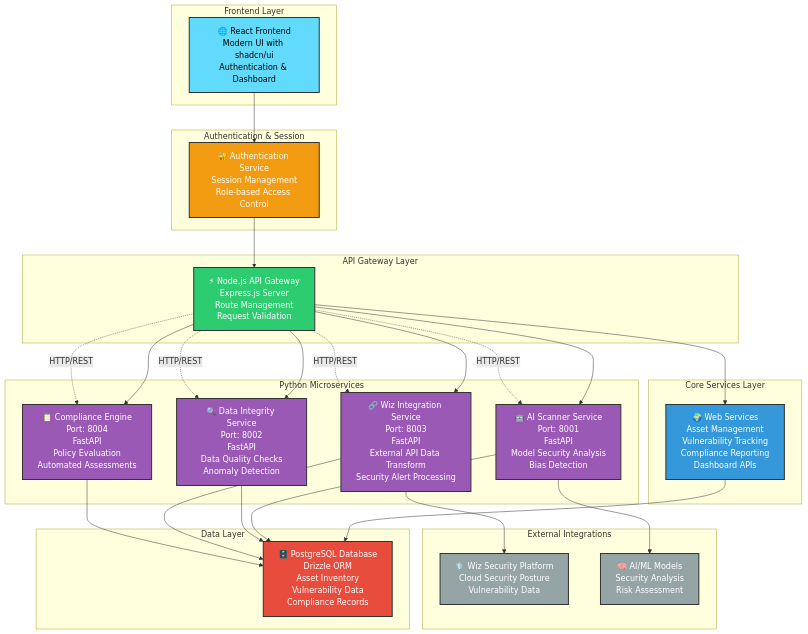
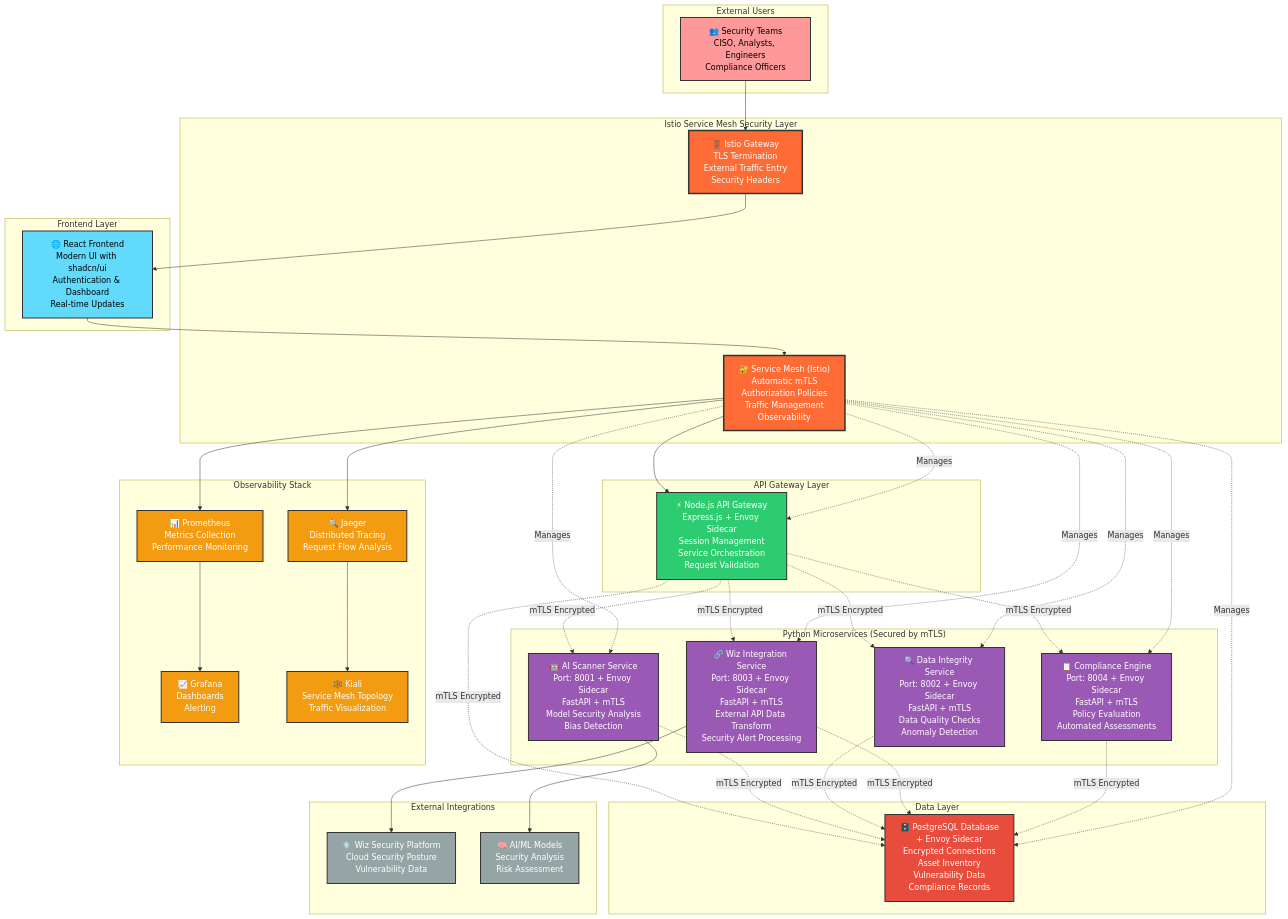
Before and after one commit to mayukhg/ai-spm: the diagram in ARCHITECTURE_DIAGRAM.md, drawn with Mermaid. The commit also changed other lines of this file and 1 other file, not shown here.

Commit message:
Harden inter-service communication with secure service mesh implementation
Implements Istio service mesh with mTLS, updates architecture diagrams, Dockerfiles, and configurations for secure microservice communication.

Replit-Commit-Author: Agent
Replit-Commit-Session-Id: c65085ac-7085-45d9-9cc0-c09abb6c81aa
Replit-Commit-Screenshot-Url: https://storage.googleapis.com/screenshot-production-us-central1/438c8f62-b104-4ca9-9cdb-064e3eec3bb8/5deff7f1-fb88-4936-ab0e-d4853dc8c3b8.jpg

````diff
--- a/ARCHITECTURE_DIAGRAM.md
+++ b/ARCHITECTURE_DIAGRAM.md
@@ -17,33 +19,41 @@
 ```mermaid
 graph TB
-    subgraph "Frontend Layer"
-        Frontend["🌐 React Frontend<br/>Modern UI with shadcn/ui<br/>Authentication & Dashboard"]
+    subgraph "External Users"
+        Users["👥 Security Teams<br/>CISO, Analysts, Engineers<br/>Compliance Officers"]
     end
 
-    subgraph "Authentication & Session"
-        Auth["🔐 Authentication Service<br/>Session Management<br/>Role-based Access Control"]
+    subgraph "Istio Service Mesh Security Layer"
+        IstioGateway["🚪 Istio Gateway<br/>TLS Termination<br/>External Traffic Entry<br/>Security Headers"]
+        ServiceMesh["🔐 Service Mesh (Istio)<br/>Automatic mTLS<br/>Authorization Policies<br/>Traffic Management<br/>Observability"]
+    end
+
+    subgraph "Frontend Layer"
+        Frontend["🌐 React Frontend<br/>Modern UI with shadcn/ui<br/>Authentication & Dashboard<br/>Real-time Updates"]
     end
 
     subgraph "API Gateway Layer"
-        Gateway["⚡ Node.js API Gateway<br/>Express.js Server<br/>Route Management<br/>Request Validation"]
+        Gateway["⚡ Node.js API Gateway<br/>Express.js + Envoy Sidecar<br/>Session Management<br/>Service Orchestration<br/>Request Validation"]
     end
 
-    subgraph "Core Services Layer"
-        WebServices["🌍 Web Services<br/>Asset Management<br/>Vulnerability Tracking<br/>Compliance Reporting<br/>Dashboard APIs"]
-    end
-
-    subgraph "Python Microservices"
-        AIScanner["🤖 AI Scanner Service<br/>Port: 8001<br/>FastAPI<br/>Model Security Analysis<br/>Bias Detection"]
+    subgraph "Python Microservices (Secured by mTLS)"
+        AIScanner["🤖 AI Scanner Service<br/>Port: 8001 + Envoy Sidecar<br/>FastAPI + mTLS<br/>Model Security Analysis<br/>Bias Detection"]
         
-        DataIntegrity["🔍 Data Integrity Service<br/>Port: 8002<br/>FastAPI<br/>Data Quality Checks<br/>Anomaly Detection"]
+        DataIntegrity["🔍 Data Integrity Service<br/>Port: 8002 + Envoy Sidecar<br/>FastAPI + mTLS<br/>Data Quality Checks<br/>Anomaly Detection"]
         
-        WizIntegration["🔗 Wiz Integration Service<br/>Port: 8003<br/>FastAPI<br/>External API Data Transform<br/>Security Alert Processing"]
+        WizIntegration["🔗 Wiz Integration Service<br/>Port: 8003 + Envoy Sidecar<br/>FastAPI + mTLS<br/>External API Data Transform<br/>Security Alert Processing"]
         
-        ComplianceEngine["📋 Compliance Engine<br/>Port: 8004<br/>FastAPI<br/>Policy Evaluation<br/>Automated Assessments"]
+        ComplianceEngine["📋 Compliance Engine<br/>Port: 8004 + Envoy Sidecar<br/>FastAPI + mTLS<br/>Policy Evaluation<br/>Automated Assessments"]
     end
 
     subgraph "Data Layer"
-        PostgreSQL["🗄️ PostgreSQL Database<br/>Drizzle ORM<br/>Asset Inventory<br/>Vulnerability Data<br/>Compliance Records"]
+        PostgreSQL["🗄️ PostgreSQL Database<br/>+ Envoy Sidecar<br/>Encrypted Connections<br/>Asset Inventory<br/>Vulnerability Data<br/>Compliance Records"]
+    end
+
+    subgraph "Observability Stack"
+        Prometheus["📊 Prometheus<br/>Metrics Collection<br/>Performance Monitoring"]
+        Jaeger["🔍 Jaeger<br/>Distributed Tracing<br/>Request Flow Analysis"]
+        Grafana["📈 Grafana<br/>Dashboards<br/>Alerting"]
+        Kiali["🕸️ Kiali<br/>Service Mesh Topology<br/>Traffic Visualization"]
     end
 
     subgraph "External Integrations"
@@ -51,48 +61,59 @@
         MLModels["🧠 AI/ML Models<br/>Security Analysis<br/>Risk Assessment"]
     end
 
-    %% User Flow
-    Frontend --> Auth
-    Auth --> Gateway
-    Gateway --> WebServices
+    %% User Flow Through Service Mesh
+    Users --> IstioGateway
+    IstioGateway --> Frontend
+    Frontend --> ServiceMesh
+    ServiceMesh --> Gateway
     
-    %% Microservices Communication
-    Gateway --> AIScanner
-    Gateway --> DataIntegrity
-    Gateway --> WizIntegration
-    Gateway --> ComplianceEngine
+    %% Secure Microservices Communication (All through mTLS)
+    Gateway -.->|mTLS Encrypted| AIScanner
+    Gateway -.->|mTLS Encrypted| DataIntegrity
+    Gateway -.->|mTLS Encrypted| WizIntegration
+    Gateway -.->|mTLS Encrypted| ComplianceEngine
     
-    %% Data Access
-    WebServices --> PostgreSQL
-    AIScanner --> PostgreSQL
-    DataIntegrity --> PostgreSQL
-    WizIntegration --> PostgreSQL
-    ComplianceEngine --> PostgreSQL
+    %% Database Access (All through mTLS)
+    Gateway -.->|mTLS Encrypted| PostgreSQL
+    AIScanner -.->|mTLS Encrypted| PostgreSQL
+    DataIntegrity -.->|mTLS Encrypted| PostgreSQL
+    WizIntegration -.->|mTLS Encrypted| PostgreSQL
+    ComplianceEngine -.->|mTLS Encrypted| PostgreSQL
     
-    %% External Communications
+    %% External Communications (Egress through Service Mesh)
     WizIntegration --> WizAPI
     AIScanner --> MLModels
     
-    %% Service Discovery & Communication
-    Gateway -.->|HTTP/REST| AIScanner
-    Gateway -.->|HTTP/REST| DataIntegrity
-    Gateway -.->|HTTP/REST| WizIntegration
-    Gateway -.->|HTTP/REST| ComplianceEngine
+    %% Observability Data Flow
+    ServiceMesh --> Prometheus
+    ServiceMesh --> Jaeger
+    Prometheus --> Grafana
+    Jaeger --> Kiali
+    
+    %% Service Mesh manages all internal communication
+    ServiceMesh -.->|Manages| Gateway
+    ServiceMesh -.->|Manages| AIScanner
+    ServiceMesh -.->|Manages| DataIntegrity
+    ServiceMesh -.->|Manages| WizIntegration
+    ServiceMesh -.->|Manages| ComplianceEngine
+    ServiceMesh -.->|Manages| PostgreSQL
 
     %% Styling
+    classDef users fill:#ff9999,stroke:#333,stroke-width:2px,color:#000
+    classDef servicemesh fill:#ff6b35,stroke:#333,stroke-width:3px,color:#fff
     classDef frontend fill:#61dafb,stroke:#333,stroke-width:2px,color:#000
-    classDef auth fill:#f39c12,stroke:#333,stroke-width:2px,color:#fff
     classDef gateway fill:#2ecc71,stroke:#333,stroke-width:2px,color:#fff
-    classDef webservice fill:#3498db,stroke:#333,stroke-width:2px,color:#fff
     classDef microservice fill:#9b59b6,stroke:#333,stroke-width:2px,color:#fff
     classDef database fill:#e74c3c,stroke:#333,stroke-width:2px,color:#fff
+    classDef observability fill:#f39c12,stroke:#333,stroke-width:2px,color:#fff
     classDef external fill:#95a5a6,stroke:#333,stroke-width:2px,color:#fff
 
+    class Users users
+    class IstioGateway,ServiceMesh servicemesh
     class Frontend frontend
-    class Auth auth
     class Gateway gateway
-    class WebServices webservice
     class AIScanner,DataIntegrity,WizIntegration,ComplianceEngine microservice
     class PostgreSQL database
+    class Prometheus,Jaeger,Grafana,Kiali observability
     class WizAPI,MLModels external
 ```
````
